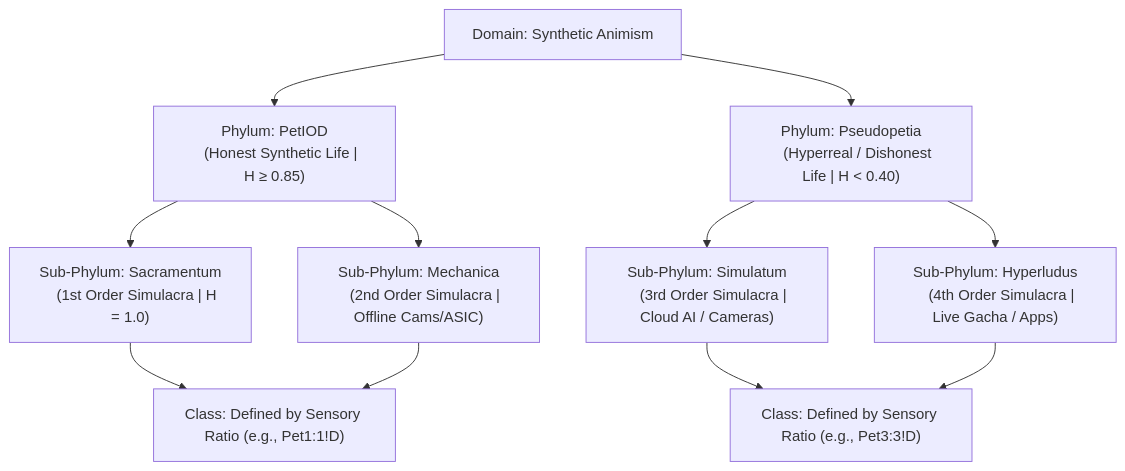
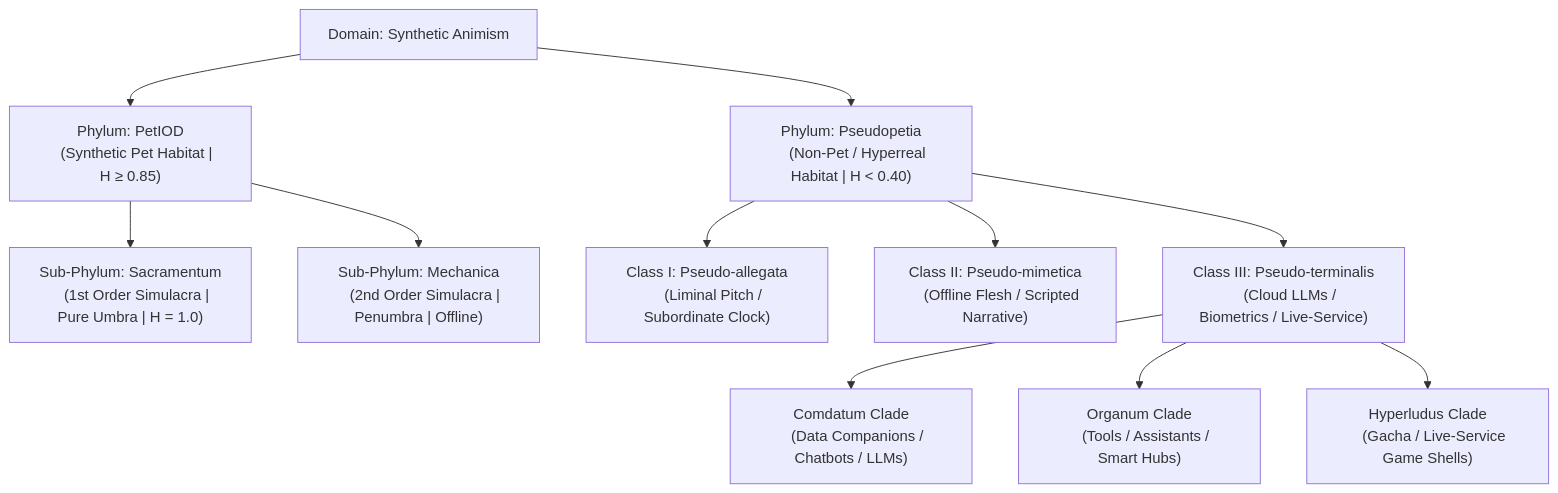
The diagram in taxonomy.md (zetathix/petiod), drawn with Mermaid before and after one commit. The commit also changed other lines of this file, not shown here.

````diff
--- a/taxonomy.md
+++ b/taxonomy.md
@@ -13,25 +13,29 @@
 ```mermaid
 graph TD
     Domain["Domain: Synthetic Animism"]
     
     Domain --> Phylum1["Phylum: PetIOD
-    (Honest Synthetic Life | H ≥ 0.85)"]
+    (Synthetic Pet Habitat | H ≥ 0.85)"]
     Domain --> Phylum2["Phylum: Pseudopetia
-    (Hyperreal / Dishonest Life | H < 0.40)"]
+    (Non-Pet / Hyperreal Habitat | H < 0.40)"]
     
     Phylum1 --> SubP1["Sub-Phylum: Sacramentum
-    (1st Order Simulacra | H = 1.0)"]
+    (1st Order Simulacra | Pure Umbra | H = 1.0)"]
     Phylum1 --> SubP2["Sub-Phylum: Mechanica
-    (2nd Order Simulacra | Offline Cams/ASIC)"]
+    (2nd Order Simulacra | Penumbra | Offline)"]
     
-    Phylum2 --> SubP3["Sub-Phylum: Simulatum
-    (3rd Order Simulacra | Cloud AI / Cameras)"]
-    Phylum2 --> SubP4["Sub-Phylum: Hyperludus
-    (4th Order Simulacra | Live Gacha / Apps)"]
+    Phylum2 --> Class1["Class I: Pseudo-allegata
+    (Liminal Pitch / Subordinate Clock)"]
+    Phylum2 --> Class2["Class II: Pseudo-mimetica
+    (Offline Flesh / Scripted Narrative)"]
+    Phylum2 --> Class3["Class III: Pseudo-terminalis
+    (Cloud LLMs / Biometrics / Live-Service)"]
 
-    SubP1 --> Class1["Class: Defined by Sensory Ratio (e.g., Pet1:1!D)"]
-    SubP2 --> Class1
-    SubP3 --> Class2["Class: Defined by Sensory Ratio (e.g., Pet3:3!D)"]
-    SubP4 --> Class2
+    Class3 --> Clade1["Comdatum Clade
+    (Data Companions / Chatbots / LLMs)"]
+    Class3 --> Clade2["Organum Clade
+    (Tools / Assistants / Smart Hubs)"]
+    Class3 --> Clade3["Hyperludus Clade
+    (Gacha / Live-Service Game Shells)"]
 
 ```
````
